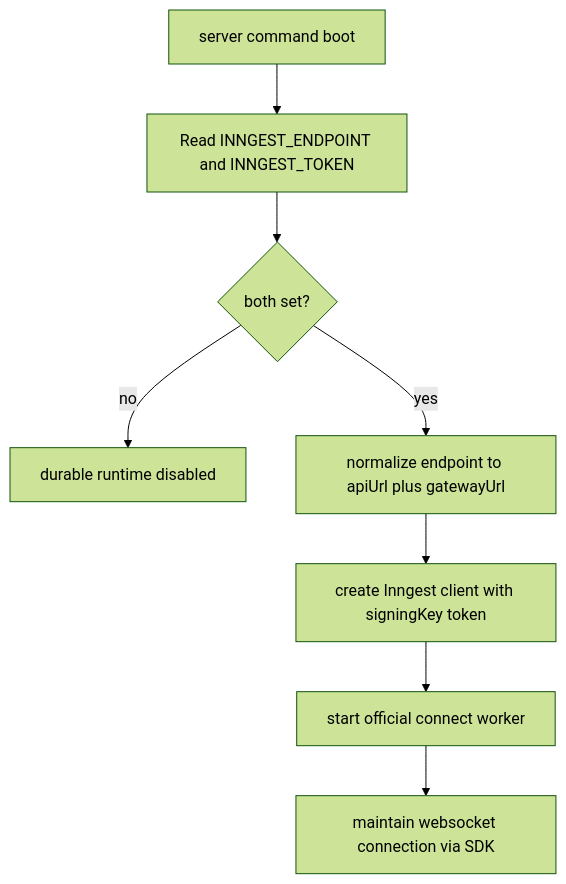
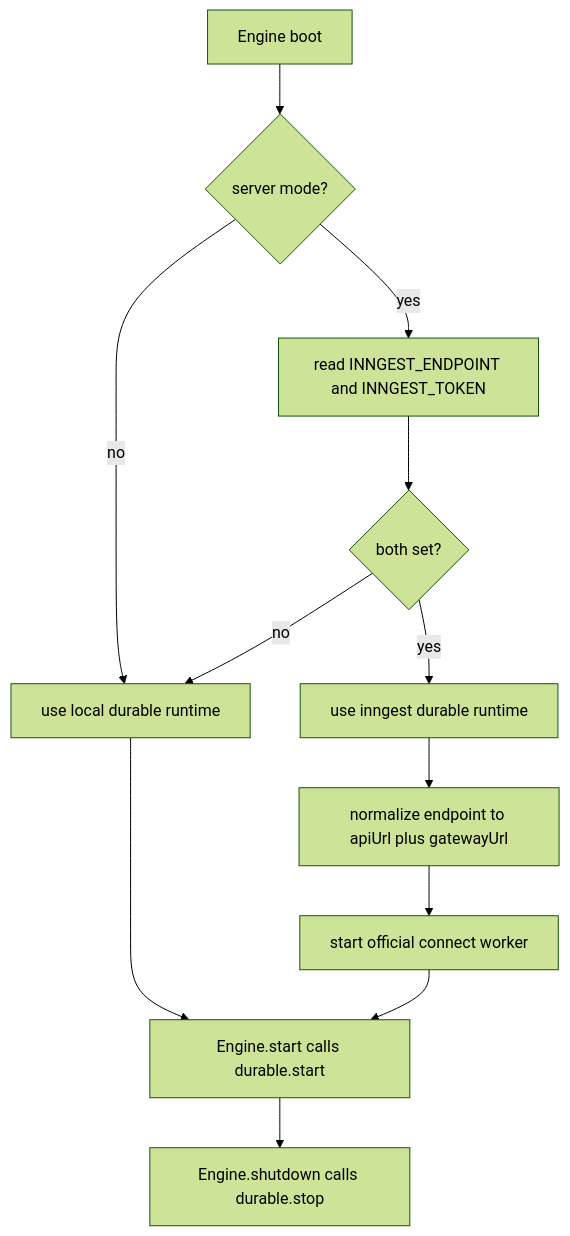
Before and after one commit to ex3ndr/daycare: the diagram in doc/20260317-durable-runtime.md, drawn with Mermaid (forest theme). The commit also changed other lines of this file and 8 other files, not shown here.

Commit message:
refactor(daycare): abstract durable runtime

````diff
--- a/doc/20260317-durable-runtime.md
+++ b/doc/20260317-durable-runtime.md
@@ -11,10 +12,14 @@
 ```mermaid
 flowchart TD
-    A[server command boot] --> B[Read INNGEST_ENDPOINT and INNGEST_TOKEN]
-    B --> C{both set?}
-    C -->|no| D[durable runtime disabled]
-    C -->|yes| E[normalize endpoint to apiUrl plus gatewayUrl]
-    E --> F[create Inngest client with signingKey token]
-    F --> G[start official connect worker]
-    G --> H[maintain websocket connection via SDK]
+    A[Engine boot] --> B{server mode?}
+    B -->|no| C[use local durable runtime]
+    B -->|yes| D[read INNGEST_ENDPOINT and INNGEST_TOKEN]
+    D --> E{both set?}
+    E -->|no| C
+    E -->|yes| F[use inngest durable runtime]
+    F --> G[normalize endpoint to apiUrl plus gatewayUrl]
+    G --> H[start official connect worker]
+    C --> I[Engine.start calls durable.start]
+    H --> I
+    I --> J[Engine.shutdown calls durable.stop]
 ```
````
